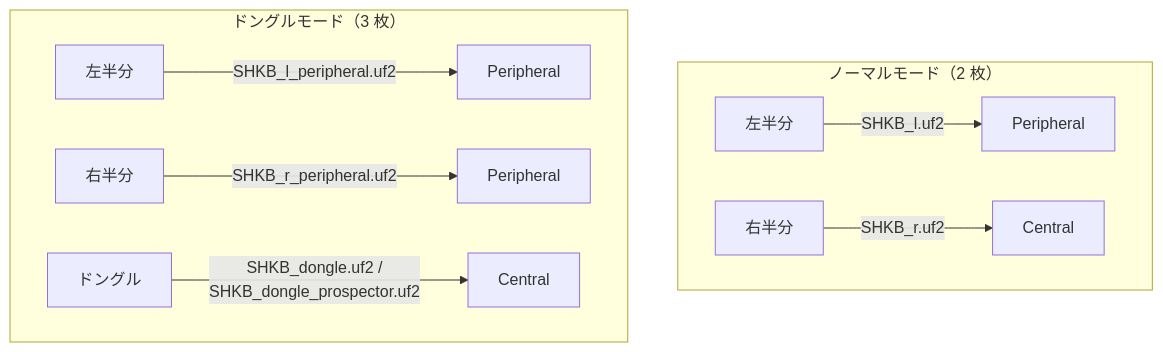
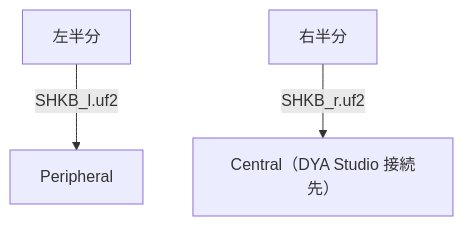
The fourth of 4 diagrams in README.md (chb-usk/zmk-config-SHKB), drawn with Mermaid before and after one commit. The commit also changed other lines of this file and 17 other files, not shown here.

First line of the commit message:
Sync with zmk-develop-SHKB: DYA Studio support

````diff
--- a/README.md
+++ b/README.md
@@ -264,12 +339,5 @@
 ```mermaid
 flowchart TD
-    subgraph Normal["ノーマルモード（2 枚）"]
-        L1["左半分"] -->|"SHKB_l.uf2"| L1f["Peripheral"]
-        R1["右半分"] -->|"SHKB_r.uf2"| R1f["Central"]
-    end
-    subgraph Dongle["ドングルモード（3 枚）"]
-        L2["左半分"] -->|"SHKB_l_peripheral.uf2"| L2f["Peripheral"]
-        R2["右半分"] -->|"SHKB_r_peripheral.uf2"| R2f["Peripheral"]
-        D2["ドングル"] -->|"SHKB_dongle.uf2 /<br/>SHKB_dongle_prospector.uf2"| D2f["Central"]
-    end
+    L1["左半分"] -->|"SHKB_l.uf2"| L1f["Peripheral"]
+    R1["右半分"] -->|"SHKB_r.uf2"| R1f["Central（DYA Studio 接続先）"]
 ```
````
